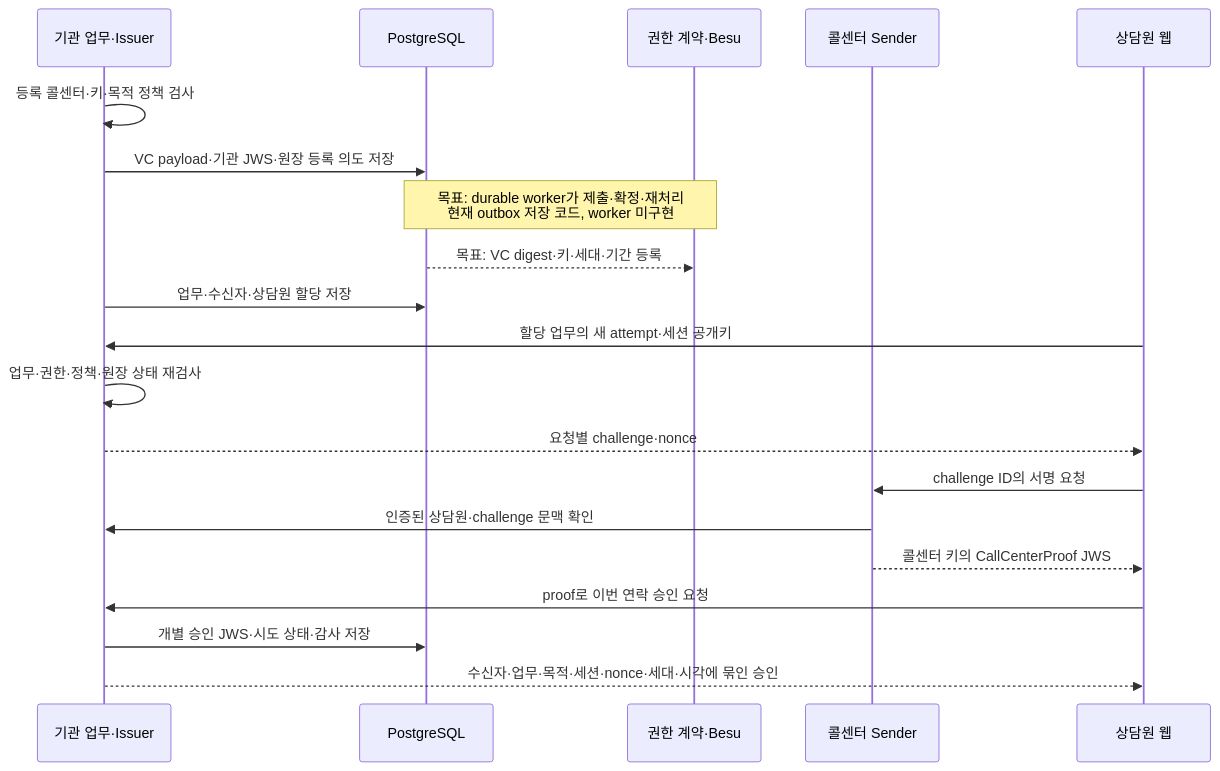
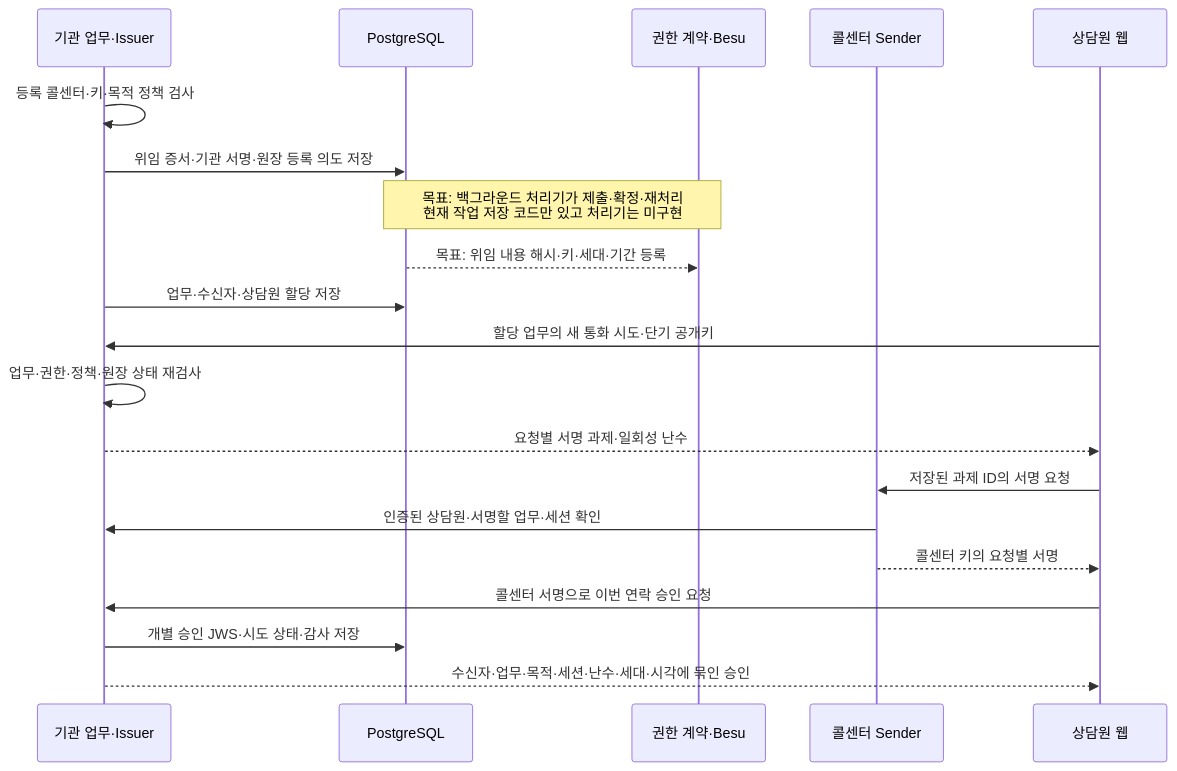
Before and after one commit to 0u-Y/CallSign: the first of 3 diagrams in docs/guide/03-CALL-FLOW.md, drawn with Mermaid. The commit also changed other lines of this file and 20 other files, not shown here.

````diff
--- a/docs/guide/03-CALL-FLOW.md
+++ b/docs/guide/03-CALL-FLOW.md
@@ -9,22 +11,22 @@
 ```mermaid
 sequenceDiagram
   participant I as 기관 업무·Issuer
   participant DB as PostgreSQL
   participant B as 권한 계약·Besu
   participant S as 콜센터 Sender
   participant A as 상담원 웹
   I->>I: 등록 콜센터·키·목적 정책 검사
-  I->>DB: VC payload·기관 JWS·원장 등록 의도 저장
-  Note over DB,B: 목표: durable worker가 제출·확정·재처리<br/>현재 outbox 저장 코드, worker 미구현
-  DB-->>B: 목표: VC digest·키·세대·기간 등록
+  I->>DB: 위임 증서·기관 서명·원장 등록 의도 저장
+  Note over DB,B: 목표: 백그라운드 처리기가 제출·확정·재처리<br/>현재 작업 저장 코드만 있고 처리기는 미구현
+  DB-->>B: 목표: 위임 내용 해시·키·세대·기간 등록
   I->>DB: 업무·수신자·상담원 할당 저장
-  A->>I: 할당 업무의 새 attempt·세션 공개키
+  A->>I: 할당 업무의 새 통화 시도·단기 공개키
   I->>I: 업무·권한·정책·원장 상태 재검사
-  I-->>A: 요청별 challenge·nonce
-  A->>S: challenge ID의 서명 요청
-  S->>I: 인증된 상담원·challenge 문맥 확인
-  S-->>A: 콜센터 키의 CallCenterProof JWS
-  A->>I: proof로 이번 연락 승인 요청
+  I-->>A: 요청별 서명 과제·일회성 난수
+  A->>S: 저장된 과제 ID의 서명 요청
+  S->>I: 인증된 상담원·서명할 업무·세션 확인
+  S-->>A: 콜센터 키의 요청별 서명
+  A->>I: 콜센터 서명으로 이번 연락 승인 요청
   I->>DB: 개별 승인 JWS·시도 상태·감사 저장
-  I-->>A: 수신자·업무·목적·세션·nonce·세대·시각에 묶인 승인
+  I-->>A: 수신자·업무·목적·세션·난수·세대·시각에 묶인 승인
 ```
````
